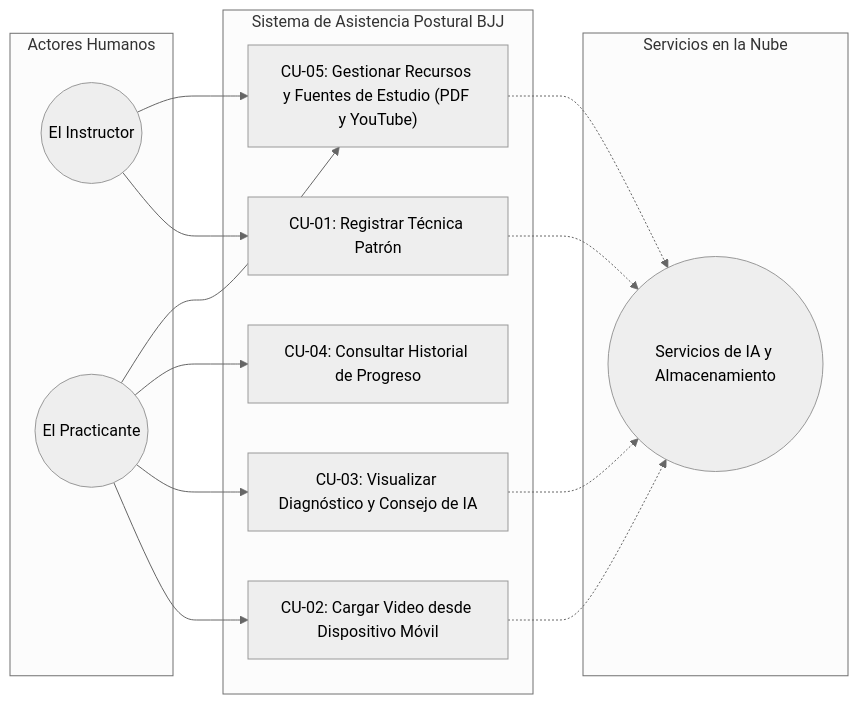
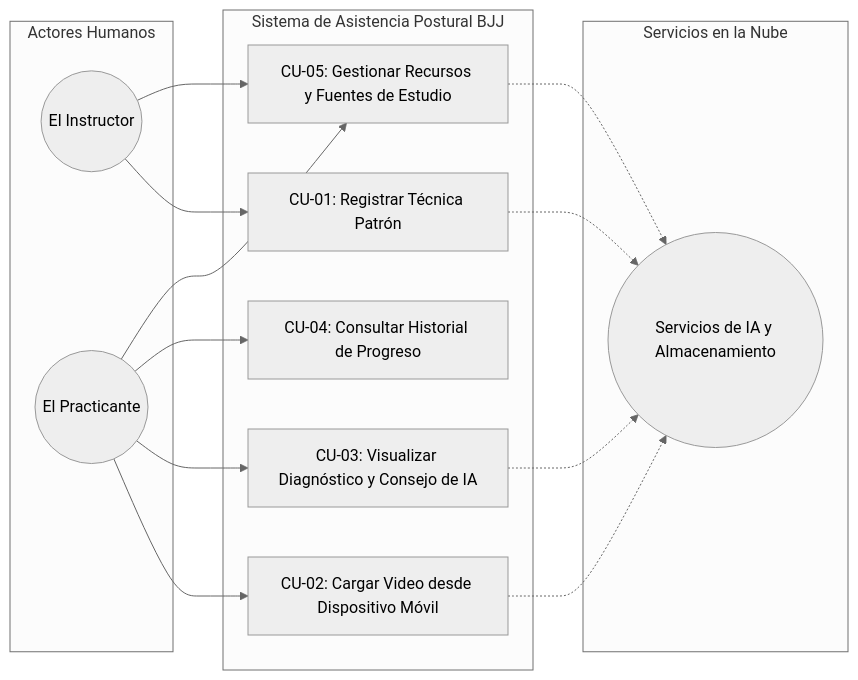
One commit to Tsmrain/JiuJitsu changed the third of 5 diagrams in README.md. Above: the diagram before and after it, drawn with Mermaid (neutral theme). The commit also changed other lines of this file, not shown here.

````diff
--- a/README.md
+++ b/README.md
@@ -465,31 +319,31 @@
 ```mermaid
 graph LR
     subgraph Actores_Humanos["Actores Humanos"]
         Instructor(("El Instructor"))
         Practicante(("El Practicante"))
     end
 
     subgraph Sistema["Sistema de Asistencia Postural BJJ"]
         CU01["CU-01: Registrar Técnica Patrón"]
         CU02["CU-02: Cargar Video desde Dispositivo Móvil"]
         CU03["CU-03: Visualizar Diagnóstico y Consejo de IA"]
         CU04["CU-04: Consultar Historial de Progreso"]
-        CU05["CU-05: Gestionar Recursos y Fuentes de Estudio (PDF y YouTube)"]
+        CU05["CU-05: Gestionar Recursos y Fuentes de Estudio"]
     end
 
     subgraph Nube["Servicios en la Nube"]
         IA(("Servicios de IA y Almacenamiento"))
     end
 
     Instructor --> CU01
     Instructor --> CU05
     Practicante --> CU02
     Practicante --> CU03
     Practicante --> CU04
     Practicante --> CU05
 
     CU01 -.-> IA
     CU02 -.-> IA
     CU03 -.-> IA
     CU05 -.-> IA
 ```
````
